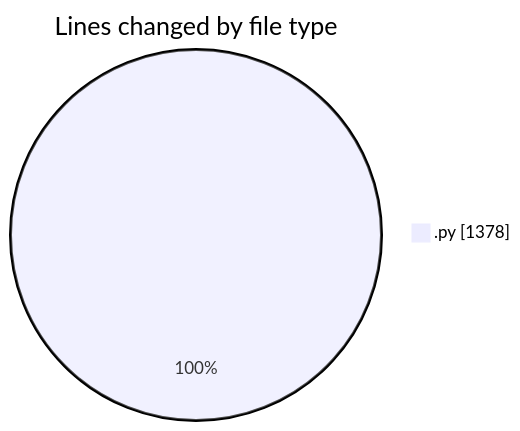
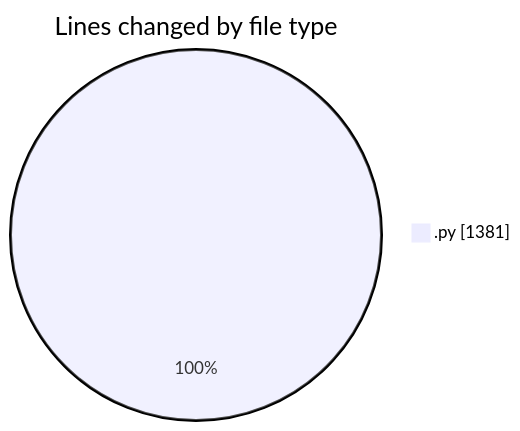
One commit to julien-gomy/code-tracking changed the first of 2 diagrams in 2025-10-29/eventscop-api-guide__workspace_/README.md. Above: the diagram before and after it, drawn with Mermaid. The commit also changed other lines of this file and 1 other file, not shown here.

````diff
--- a/2025-10-29/eventscop-api-guide__workspace_/README.md
+++ b/2025-10-29/eventscop-api-guide__workspace_/README.md
@@ -24,5 +24,5 @@
 ```mermaid
 pie showData
 title Lines changed by file type
-".py" : 1378
+".py" : 1381
 ```
````
